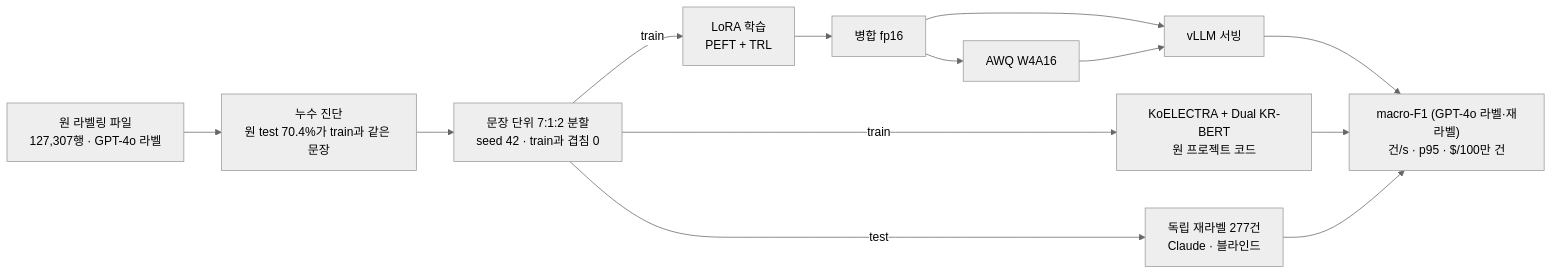
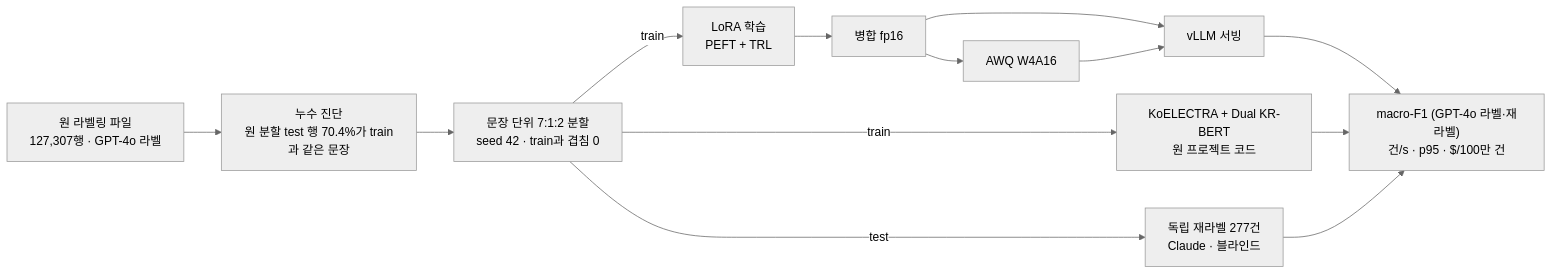
One commit to parksungyun0411/jeju-emotion-lora changed the diagram in README.md. Above: the diagram before and after it, drawn with Mermaid (neutral theme). The commit also changed other lines of this file and 17 other files, not shown here.

````diff
--- a/README.md
+++ b/README.md
@@ -74,14 +74,14 @@
 ```mermaid
 flowchart LR
-    D["원 라벨링 파일<br/>127,307행 · GPT-4o 라벨"] --> K["누수 진단<br/>원 test 70.4%가 train과 같은 문장"]
+    D["원 라벨링 파일<br/>127,307행 · GPT-4o 라벨"] --> K["누수 진단<br/>원 분할 test 행 70.4%가 train과 같은 문장"]
     K --> S["문장 단위 7:1:2 분할<br/>seed 42 · train과 겹침 0"]
     S -- train --> L["LoRA 학습<br/>PEFT + TRL"]
     S -- train --> E["KoELECTRA + Dual KR-BERT<br/>원 프로젝트 코드"]
     S -- test --> H["독립 재라벨 277건<br/>Claude · 블라인드"]
     L --> M["병합 fp16"] --> Q["AWQ W4A16"]
     M --> V["vLLM 서빙"]
     Q --> V
     V --> R["macro-F1 (GPT-4o 라벨·재라벨)<br/>건/s · p95 · $/100만 건"]
     E --> R
     H --> R
 ```
````
